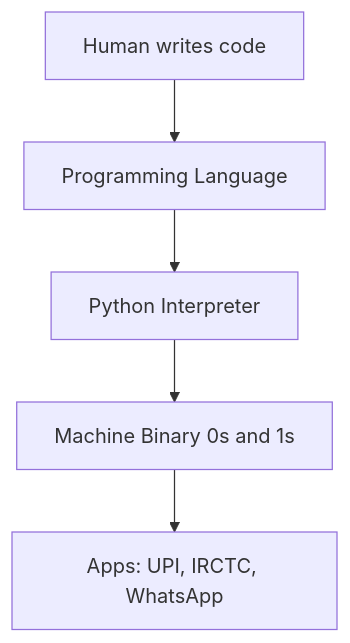
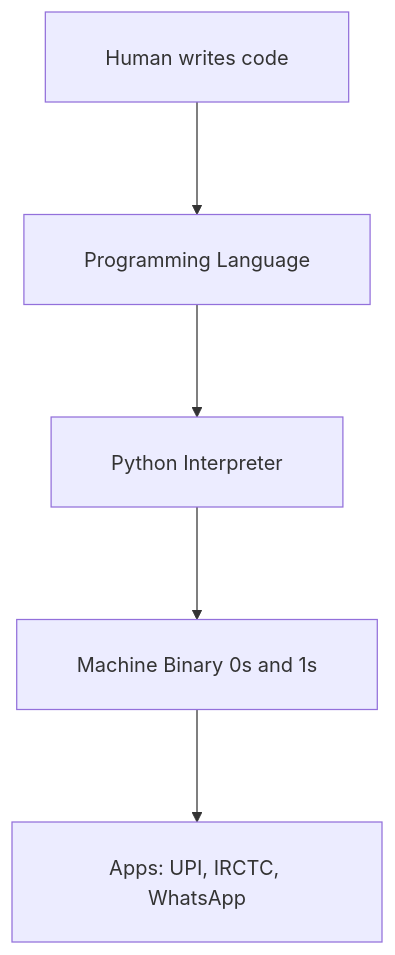
One commit to ABVenu/salcurriculum changed the first of 8 diagrams in SAL-2026/Python Basics - English/S01/NotesPresentation.md. Above: the diagram before and after it, drawn with Mermaid. The commit also changed other lines of this file and 820 other files, not shown here.

````diff
--- a/SAL-2026/Python Basics - English/S01/NotesPresentation.md
+++ b/SAL-2026/Python Basics - English/S01/NotesPresentation.md
@@ -30,7 +251,8 @@
 ```mermaid
+%%{init: {"flowchart": {"htmlLabels": false, "curve": "basis", "padding": 24, "nodeSpacing": 80, "rankSpacing": 90, "diagramPadding": 48}}}%%
 flowchart TB
-    H[Human writes code] --> P[Programming Language]
-    P --> I[Python Interpreter]
-    I --> B[Machine Binary 0s and 1s]
-    B --> O[Apps: UPI, IRCTC, WhatsApp]
+    H["  Human writes code  "] --> P["  Programming Language  "]
+    P --> I["  Python Interpreter  "]
+    I --> B["  Machine Binary 0s and 1s  "]
+    B --> O["  Apps: UPI, IRCTC, WhatsApp  "]
 ```
````
